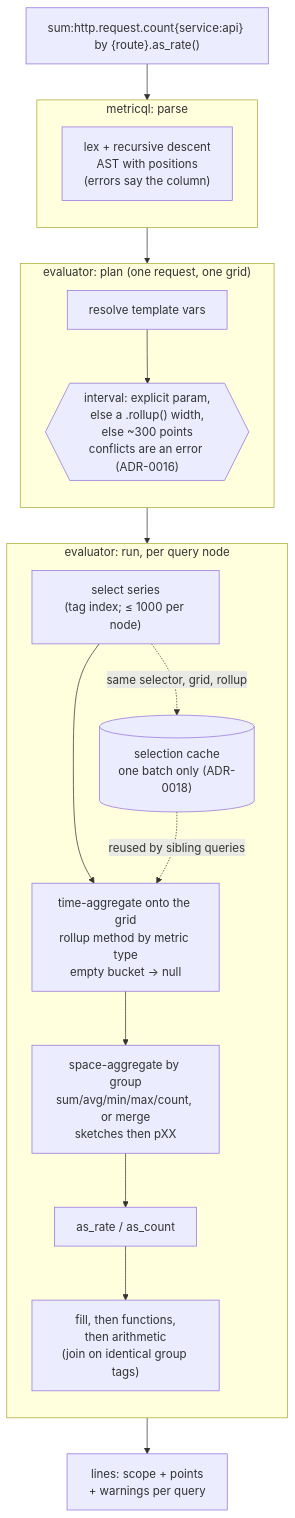
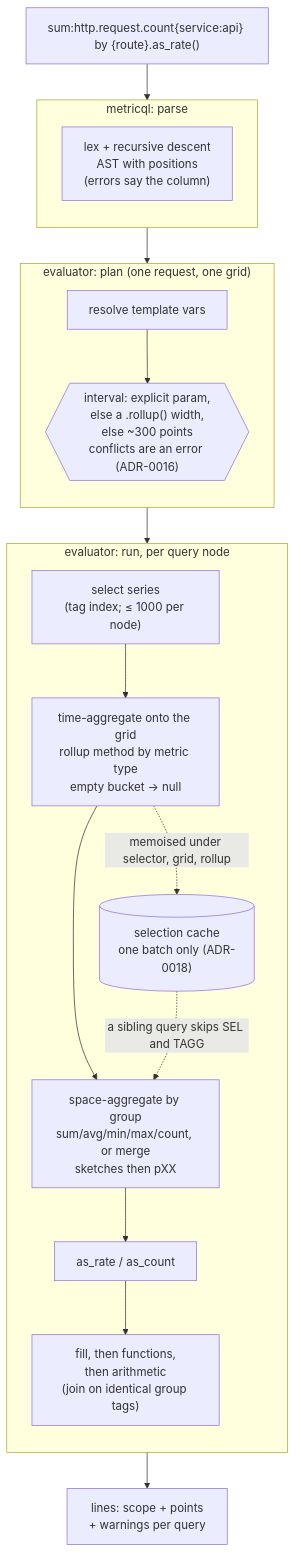
Before and after one commit to tuvo1106/ozymandias: the fourth of 4 diagrams in DESIGN.md, drawn with Mermaid. The commit also changed other lines of this file and 3 other files, not shown here.

````diff
--- a/DESIGN.md
+++ b/DESIGN.md
@@ -499,31 +499,31 @@
 ```mermaid
 flowchart TB
     TXT["sum:http.request.count{service:api} by {route}.as_rate()"]
 
     subgraph parse["metricql: parse"]
         direction TB
         LEX["lex + recursive descent<br/>AST with positions<br/>(errors say the column)"]
     end
 
     subgraph plan["evaluator: plan (one request, one grid)"]
         direction TB
         VARS["resolve template vars"]
         GRID{{"interval: explicit param,<br/>else a .rollup() width,<br/>else ~300 points<br/>conflicts are an error (ADR-0016)"}}
     end
 
     subgraph run["evaluator: run, per query node"]
         direction TB
         SEL["select series<br/>(tag index; ≤ 1000 per node)"]
         TAGG["time-aggregate onto the grid<br/>rollup method by metric type<br/>empty bucket → null"]
         CACHE[("selection cache<br/>one batch only (ADR-0018)")]
         SAGG["space-aggregate by group<br/>sum/avg/min/max/count, or merge<br/>sketches then pXX"]
         MOD["as_rate / as_count"]
         FN["fill, then functions,<br/>then arithmetic<br/>(join on identical group tags)"]
     end
 
     OUT["lines: scope + points<br/>+ warnings per query"]
 
     TXT --> LEX --> VARS --> GRID --> SEL --> TAGG --> SAGG --> MOD --> FN --> OUT
-    SEL -. "same selector, grid, rollup" .-> CACHE
-    CACHE -. "reused by sibling queries" .-> TAGG
+    TAGG -. "memoised under selector, grid, rollup" .-> CACHE
+    CACHE -. "a sibling query skips SEL and TAGG" .-> SAGG
 ```
````
